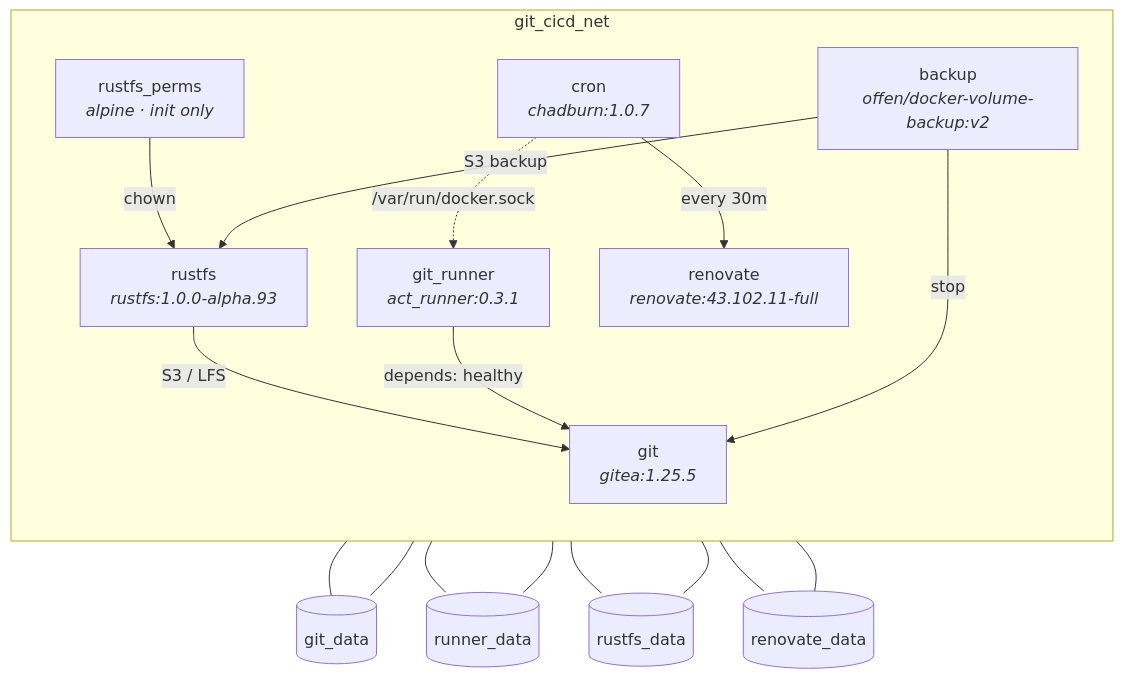
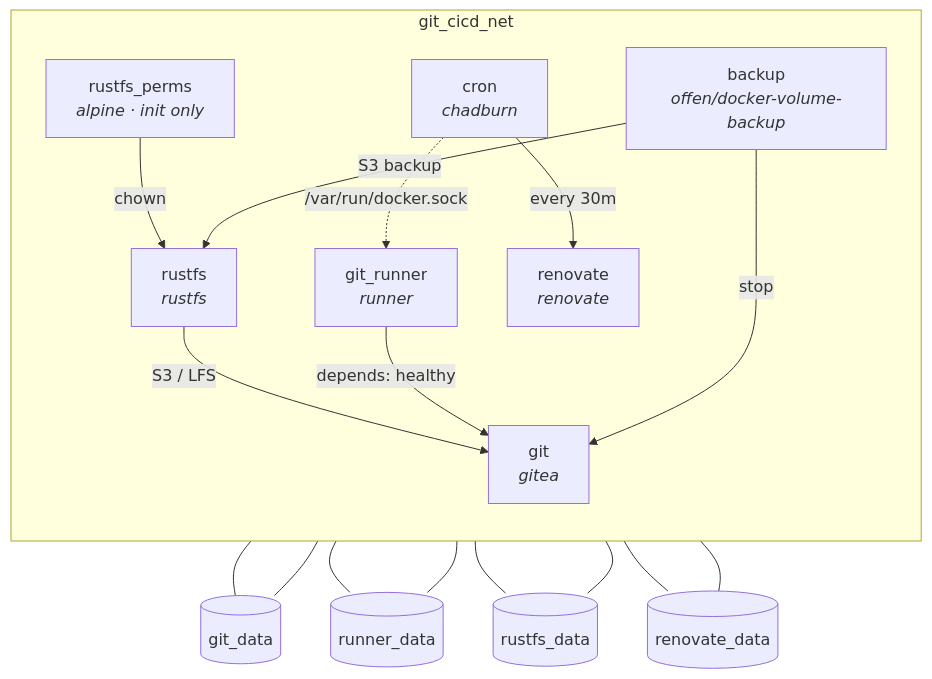
Before and after one commit to joaodubas/labs: the diagram in gitea/README.md, drawn with Mermaid. The commit also changed other lines of this file, not shown here.

````diff
--- a/gitea/README.md
+++ b/gitea/README.md
@@ -7,35 +7,35 @@
 ```mermaid
 graph TB
     subgraph git_cicd_net
         direction TB
         rustfs_perms["rustfs_perms<br/><i>alpine · init only</i>"]
-        rustfs["rustfs<br/><i>rustfs:1.0.0-alpha.93</i>"]
-        git["git<br/><i>gitea:1.25.5</i>"]
-        git_runner["git_runner<br/><i>act_runner:0.3.1</i>"]
-        cron["cron<br/><i>chadburn:1.0.7</i>"]
-        renovate["renovate<br/><i>renovate:43.102.11-full</i>"]
-        backup["backup<br/><i>offen/docker-volume-backup:v2</i>"]
+        rustfs["rustfs<br/><i>rustfs</i>"]
+        git["git<br/><i>gitea</i>"]
+        git_runner["git_runner<br/><i>runner</i>"]
+        cron["cron<br/><i>chadburn</i>"]
+        renovate["renovate<br/><i>renovate</i>"]
+        backup["backup<br/><i>offen/docker-volume-backup</i>"]
     end
 
     vol_git[("git_data")]
     vol_runner[("runner_data")]
     vol_rustfs[("rustfs_data")]
     vol_renovate[("renovate_data")]
 
     git --- vol_git
     git_runner --- vol_runner
     rustfs --- vol_rustfs
     renovate --- vol_renovate
 
     rustfs_perms -->|chown| rustfs
     rustfs -->|S3 / LFS| git
     git_runner -->|depends: healthy| git
     cron -->|every 30m| renovate
     cron -.->|/var/run/docker.sock| git_runner
     backup -->|stop| git
     backup -->|S3 backup| rustfs
     backup --- vol_git
     backup --- vol_runner
     backup --- vol_rustfs
     backup --- vol_renovate
 ```
````
